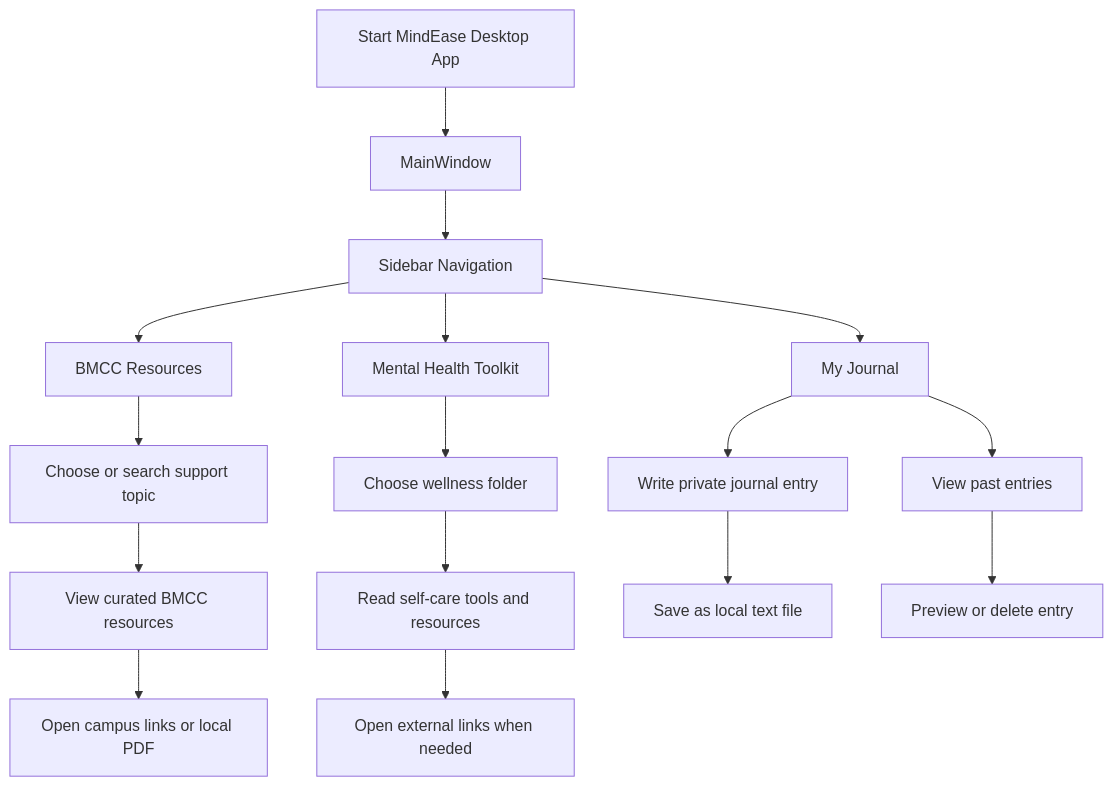
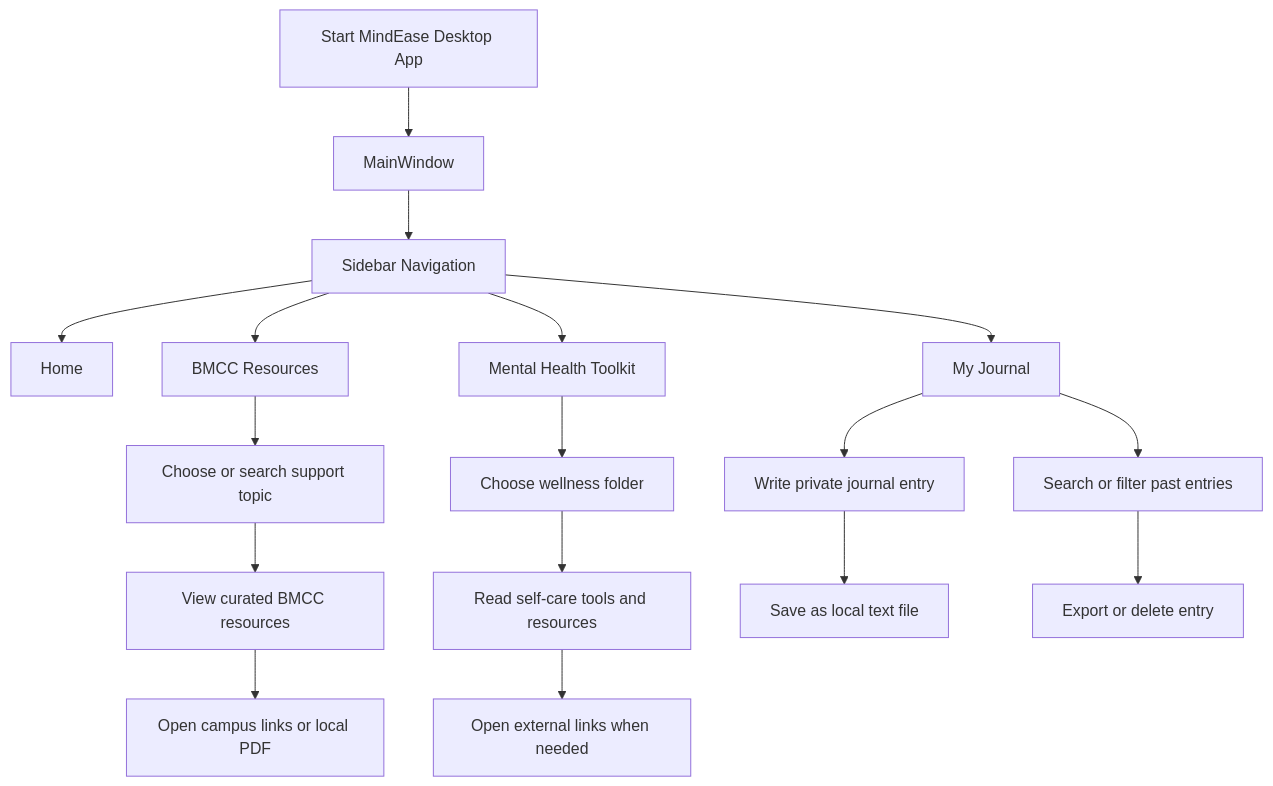
One commit to PhyoThihaOo32/MindEase_v2 changed the first of 2 diagrams in README.md. Above: the diagram before and after it, drawn with Mermaid. The commit also changed other lines of this file, not shown here.

Commit message:
Add UML diagram to README

````diff
--- a/README.md
+++ b/README.md
@@ -35,21 +36,22 @@
 ```mermaid
 flowchart TD
     A[Start MindEase Desktop App] --> B[MainWindow]
     B --> C[Sidebar Navigation]
-    C --> D[BMCC Resources]
-    C --> E[Mental Health Toolkit]
+    C --> D[Home]
+    C --> E[BMCC Resources]
+    C --> F[Mental Health Toolkit]
     C --> G[My Journal]
 
-    D --> D1[Choose or search support topic]
-    D1 --> D2[View curated BMCC resources]
-    D2 --> D3[Open campus links or local PDF]
+    E --> E1[Choose or search support topic]
+    E1 --> E2[View curated BMCC resources]
+    E2 --> E3[Open campus links or local PDF]
 
-    E --> E1[Choose wellness folder]
-    E1 --> E2[Read self-care tools and resources]
-    E2 --> E3[Open external links when needed]
+    F --> F1[Choose wellness folder]
+    F1 --> F2[Read self-care tools and resources]
+    F2 --> F3[Open external links when needed]
 
     G --> G1[Write private journal entry]
     G1 --> G2[Save as local text file]
-    G --> G3[View past entries]
-    G3 --> G4[Preview or delete entry]
+    G --> G3[Search or filter past entries]
+    G3 --> G4[Export or delete entry]
 ```
````
